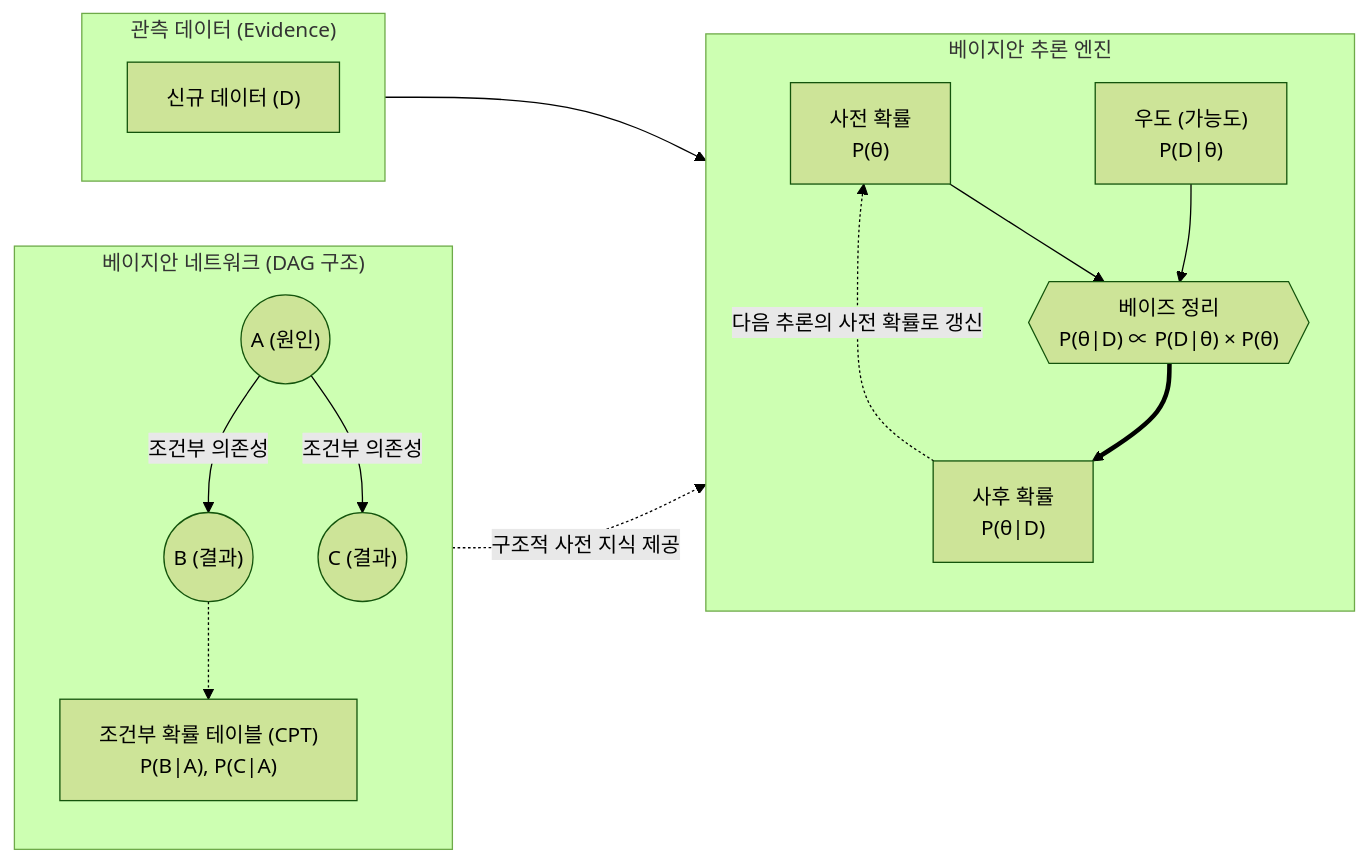
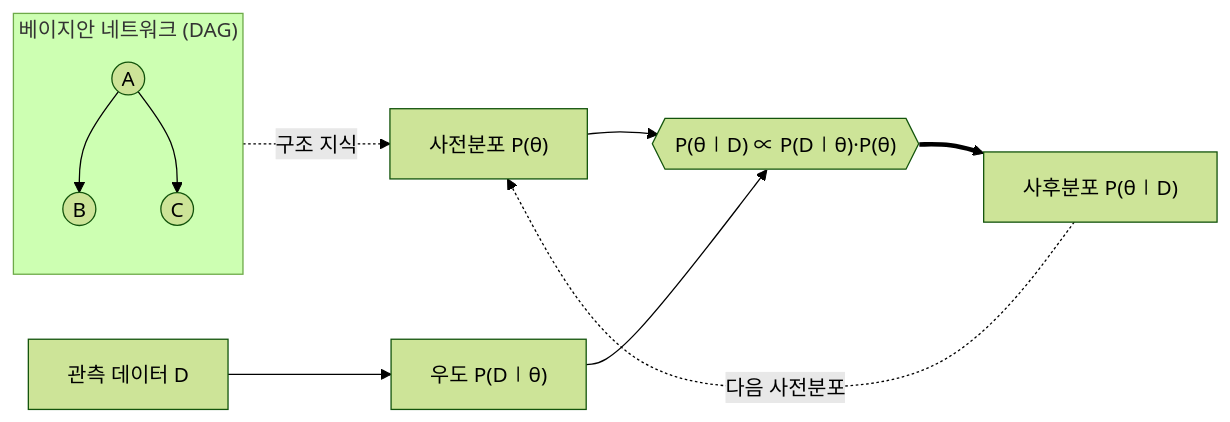
The diagram in content/01_IT Tech/베이지안 모델.md (supremethumb/supremethumb.github.io), drawn with Mermaid (forest theme) before and after one commit. The commit also changed other lines of this file and 1087 other files, not shown here.

````diff
--- a/content/01_IT Tech/베이지안 모델.md
+++ b/content/01_IT Tech/베이지안 모델.md
@@ -29,34 +34,12 @@
 ```mermaid
 flowchart LR
-    subgraph Data_Evidence["관측 데이터 (Evidence)"]
-        D1["신규 데이터 (D)"]
+    subgraph BN["베이지안 네트워크 (DAG)"]
+        A(("A")) --> B(("B"))
+        A --> C(("C"))
     end
-
-    subgraph Bayesian_Network["베이지안 네트워크 (DAG 구조)"]
-        direction TB
-        NodeA(("A (원인)")) -- "조건부 의존성" --> NodeB(("B (결과)"))
-        NodeA -- "조건부 의존성" --> NodeC(("C (결과)"))
-        
-        CPT["조건부 확률 테이블 (CPT)<br/>P(B|A), P(C|A)"]
-        NodeB -.-> CPT
-    end
-
-    subgraph Inference_Engine["베이지안 추론 엔진"]
-        direction TB
-        Prior["사전 확률<br/>P(θ)"]
-        Likelihood["우도 (가능도)<br/>P(D|θ)"]
-        
-        Formula{{"베이즈 정리<br/>P(θ|D) ∝ P(D|θ) × P(θ)"}}
-        
-        Prior --> Formula
-        Likelihood --> Formula
-        
-        Posterior["사후 확률<br/>P(θ|D)"]
-        Formula ==> Posterior
-    end
-
-    Data_Evidence --> Likelihood
-    Bayesian_Network -. "구조적 사전 지식 제공" .-> Inference_Engine
-    Posterior -. "다음 추론의 사전 확률로 갱신" .-> Prior
-
+    PR["사전분포 P(θ)"] --> BT{{"P(θ∣D) ∝ P(D∣θ)·P(θ)"}}
+    D["관측 데이터 D"] --> LK["우도 P(D∣θ)"] --> BT
+    BT ==> PO["사후분포 P(θ∣D)"]
+    BN -. "구조 지식" .-> PR
+    PO -. "다음 사전분포" .-> PR
 ```
````
